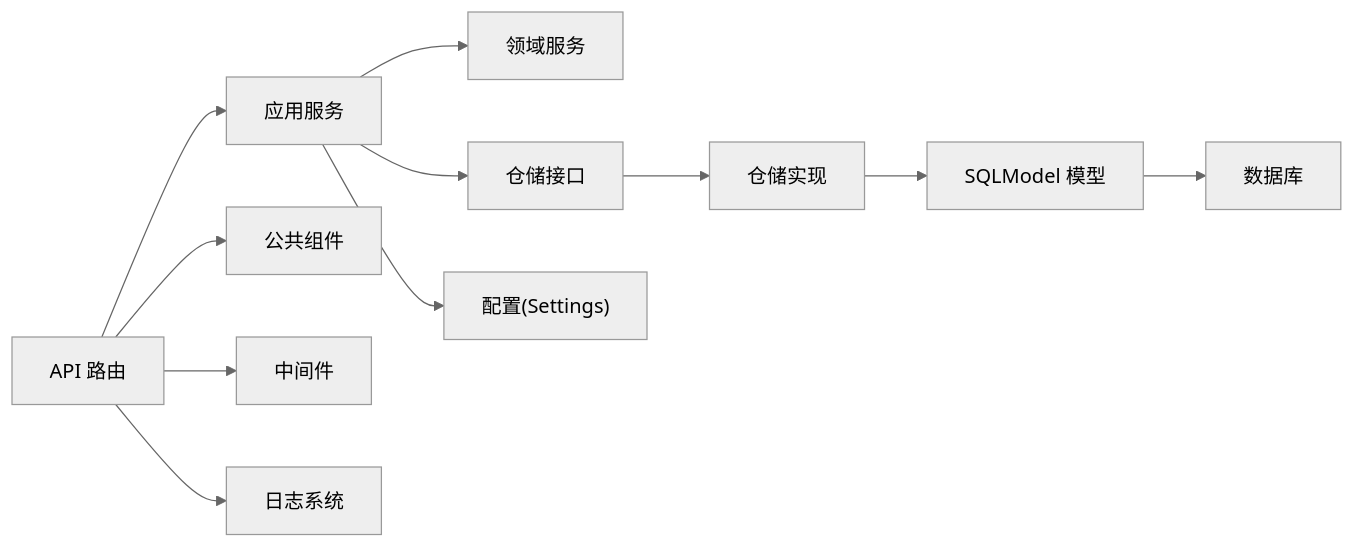
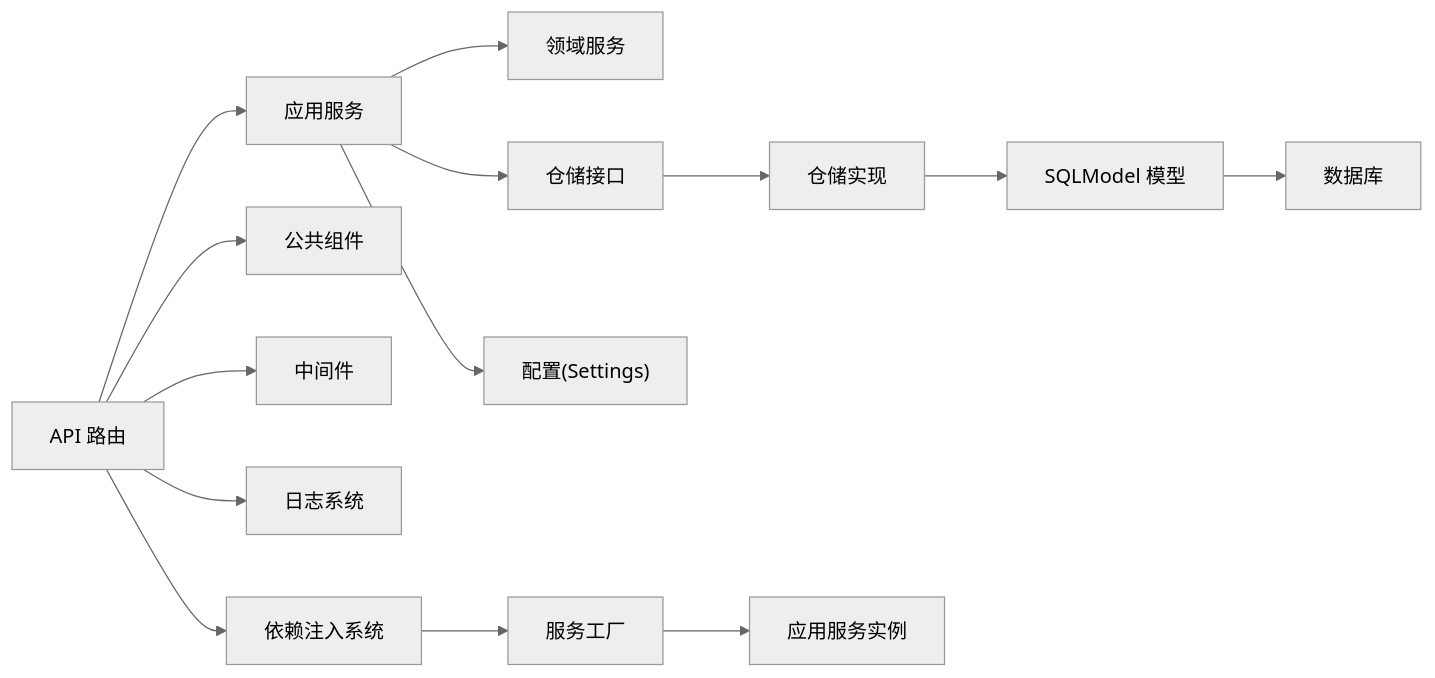
The eighth of 8 diagrams in .qoder/repowiki/zh/content/后端架构设计/DDD 分层架构详解/DDD 分层架构详解.md (taoweidong/Hello-FastApi), drawn with Mermaid (neutral theme) before and after one commit. The commit also changed other lines of this file and 18 other files, not shown here.

````diff
--- a/.qoder/repowiki/zh/content/后端架构设计/DDD 分层架构详解/DDD 分层架构详解.md
+++ b/.qoder/repowiki/zh/content/后端架构设计/DDD 分层架构详解/DDD 分层架构详解.md
@@ -492,13 +547,16 @@
 ```mermaid
 graph LR
 API["API 路由"] --> SVC["应用服务"]
 SVC --> DOMAIN["领域服务"]
 SVC --> REPO["仓储接口"]
 REPO --> IMPL["仓储实现"]
 IMPL --> MODEL["SQLModel 模型"]
 MODEL --> DB["数据库"]
 API --> COMMON["公共组件"]
 SVC --> CONFIG["配置(Settings)"]
 API --> MIDDLEWARES["中间件"]
 API --> LOGGER["日志系统"]
+API --> DEPENDENCIES["依赖注入系统"]
+DEPENDENCIES --> FACTORIES["服务工厂"]
+FACTORIES --> SERVICES["应用服务实例"]
 ```
````
